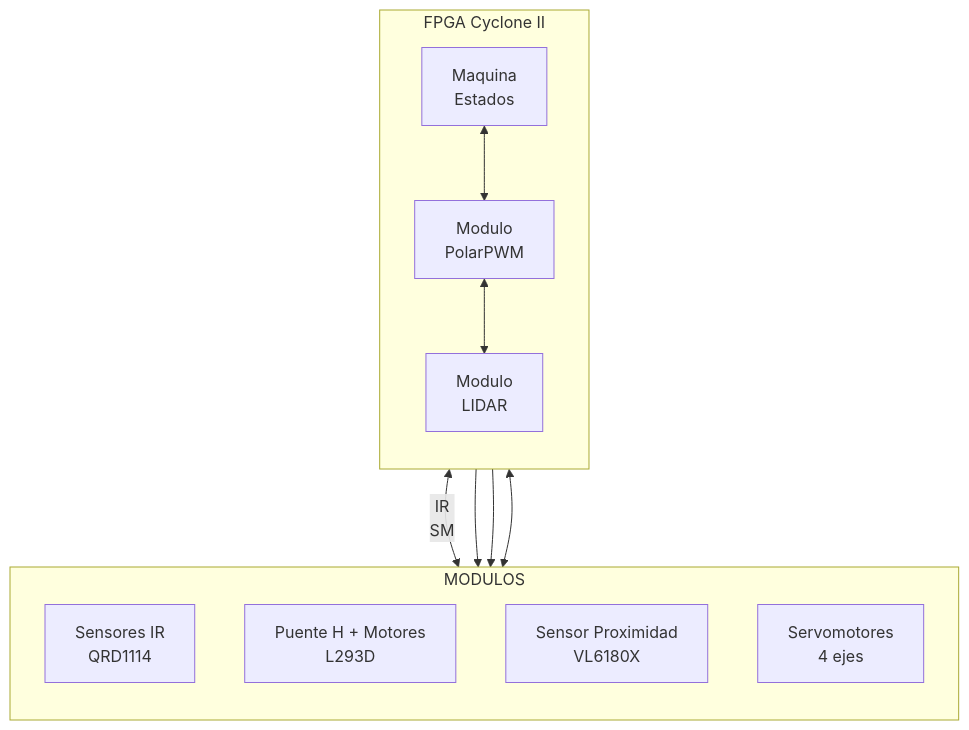
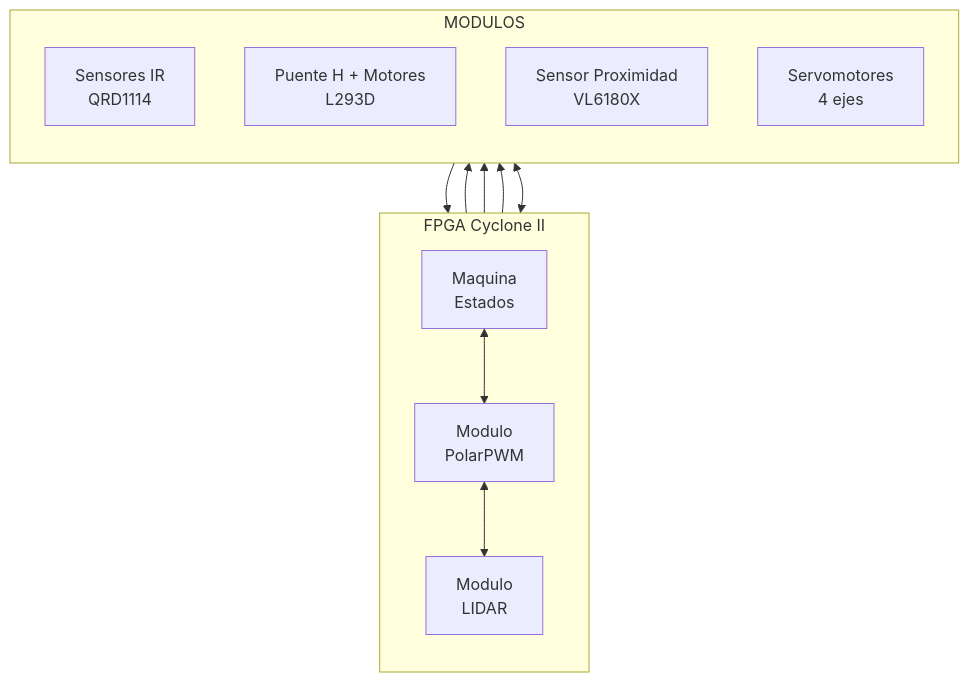
Before and after one commit to Actronix09/SeguidorLinea_Brazo: the first of 2 diagrams in README.md, drawn with Mermaid.

````diff
--- a/README.md
+++ b/README.md
@@ -82,31 +82,31 @@
 ```mermaid
 flowchart TB
 
     subgraph FPGA["FPGA Cyclone II"]
         direction TB
 
         SM["Maquina<br/>Estados"]
         PWM["Modulo<br/>PolarPWM"]
         LIDAR["Modulo<br/>LIDAR"]
 
         SM <--> PWM
         PWM <--> LIDAR
     end
 
     subgraph MODULOS
         direction TB
 
         IR["Sensores IR<br/>QRD1114"]
         HBRIDGE["Puente H + Motores<br/>L293D"]
         PROX["Sensor Proximidad<br/>VL6180X"]
         SERVO["Servomotores<br/>4 ejes"]
     end
 
-    SM <-- IR
+    IR --> SM
     SM --> HBRIDGE
 
     PWM --> SERVO
 
     LIDAR --> SERVO
     LIDAR <--> PROX
 ```
````
